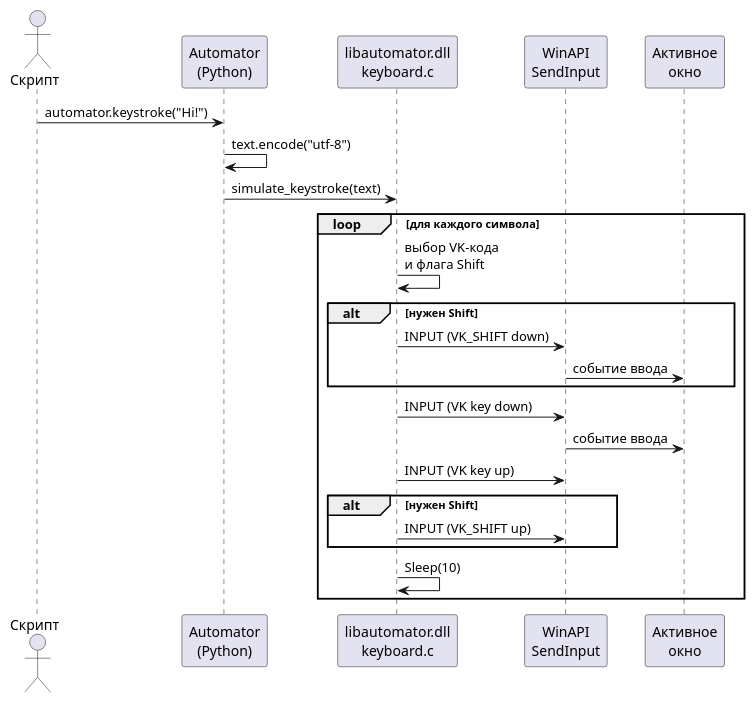
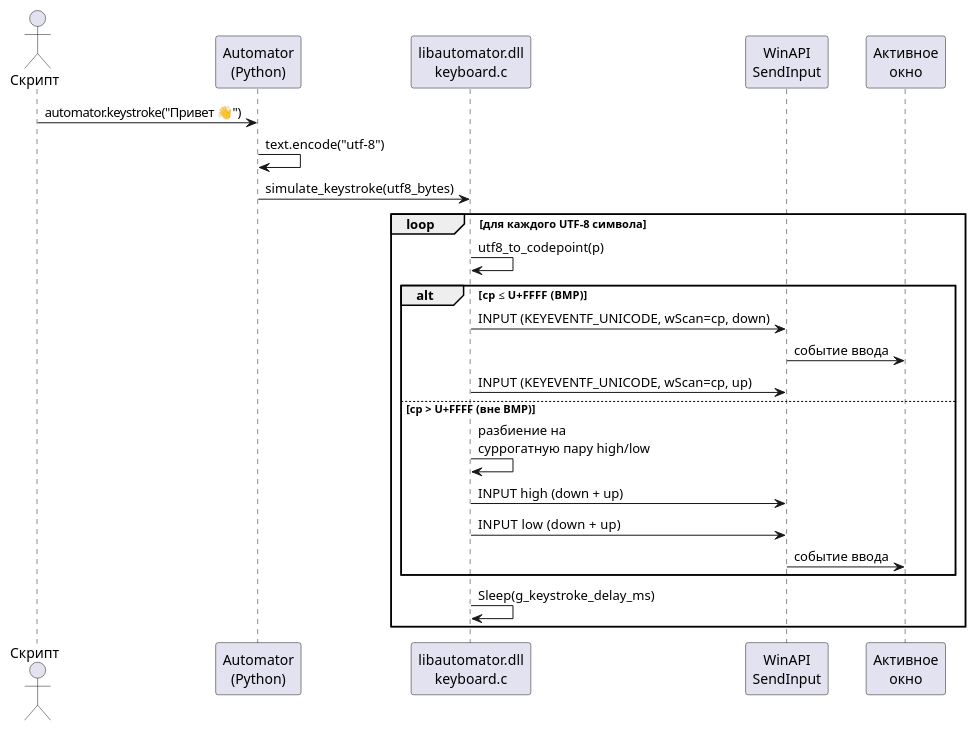
One commit to ArtemTheVan/automator changed the first of 3 diagrams in docs/05-sequences.adoc. Above: the diagram before and after it, drawn with PlantUML. The commit also changed other lines of this file and 5 other files, not shown here.

```diff
--- a/docs/05-sequences.adoc
+++ b/docs/05-sequences.adoc
@@ -8,30 +12,30 @@
 [plantuml, seq-keystroke, svg]
 ----
 @startuml
 skinparam shadowing false
 actor "Скрипт" as user
 participant "Automator\n(Python)" as wrap
 participant "libautomator.dll\nkeyboard.c" as lib
 participant "WinAPI\nSendInput" as win
 participant "Активное\nокно" as app
 
-user -> wrap : automator.keystroke("Hi!")
+user -> wrap : automator.keystroke("Привет 👋")
 wrap -> wrap : text.encode("utf-8")
-wrap -> lib : simulate_keystroke(text)
+wrap -> lib : simulate_keystroke(utf8_bytes)
 
-loop для каждого символа
-    lib -> lib : выбор VK-кода\nи флага Shift
-    alt нужен Shift
-        lib -> win : INPUT (VK_SHIFT down)
+loop для каждого UTF-8 символа
+    lib -> lib : utf8_to_codepoint(p)
+    alt cp ≤ U+FFFF (BMP)
+        lib -> win : INPUT (KEYEVENTF_UNICODE, wScan=cp, down)
+        win -> app : событие ввода
+        lib -> win : INPUT (KEYEVENTF_UNICODE, wScan=cp, up)
+    else cp > U+FFFF (вне BMP)
+        lib -> lib : разбиение на\nсуррогатную пару high/low
+        lib -> win : INPUT high (down + up)
+        lib -> win : INPUT low  (down + up)
         win -> app : событие ввода
     end
-    lib -> win : INPUT (VK key down)
-    win -> app : событие ввода
-    lib -> win : INPUT (VK key up)
-    alt нужен Shift
-        lib -> win : INPUT (VK_SHIFT up)
-    end
-    lib -> lib : Sleep(10)
+    lib -> lib : Sleep(g_keystroke_delay_ms)
 end
 @enduml
 ----
```
